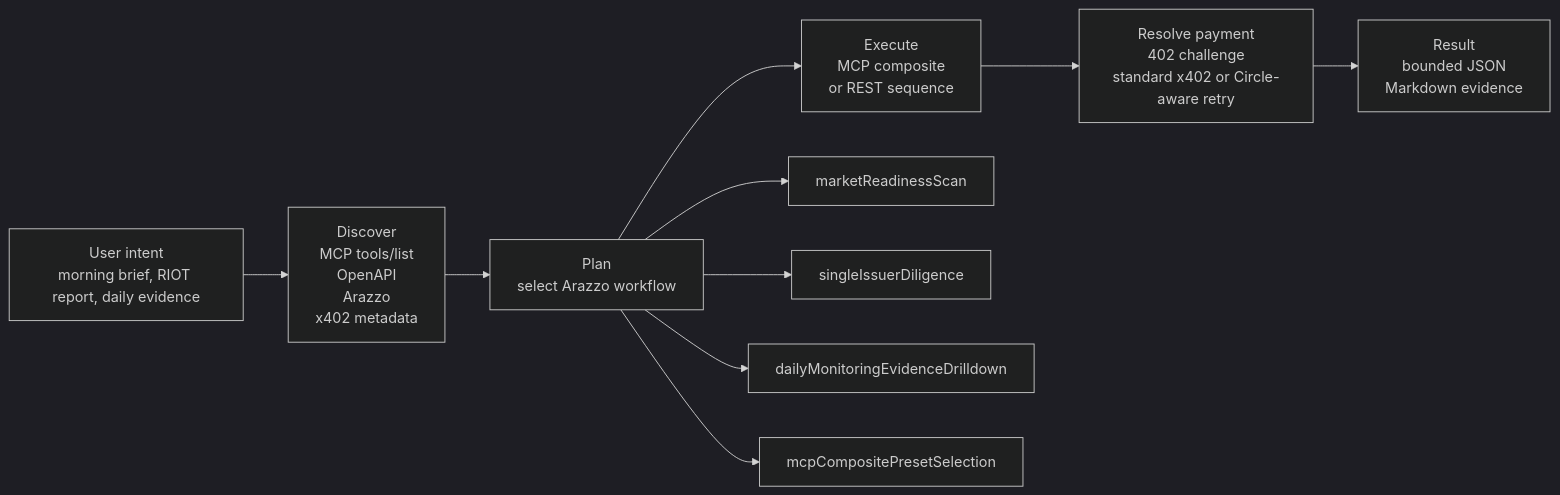
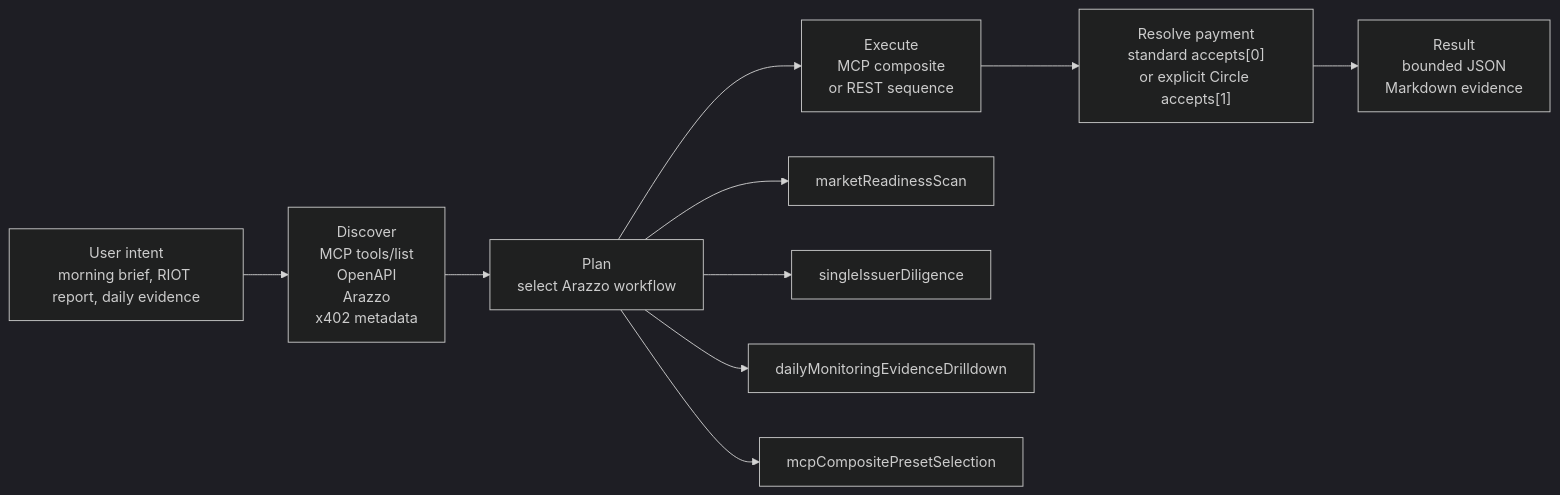
Before and after one commit to aitrailblazer/deltasignal-atlas-codex-plugin: the diagram in README.md, drawn with Mermaid (dark theme). The commit also changed other lines of this file and 7 other files, not shown here.

Commit message:
Document standard-first Circle x402 compatibility

````diff
--- a/README.md
+++ b/README.md
@@ -54,15 +54,15 @@
 ```mermaid
 flowchart LR
   Intent["User intent<br/>morning brief, RIOT report, daily evidence"]
   Discover["Discover<br/>MCP tools/list<br/>OpenAPI<br/>Arazzo<br/>x402 metadata"]
   Plan["Plan<br/>select Arazzo workflow"]
   Execute["Execute<br/>MCP composite<br/>or REST sequence"]
-  Pay["Resolve payment<br/>402 challenge<br/>standard x402 or Circle-aware retry"]
+  Pay["Resolve payment<br/>standard accepts[0]<br/>or explicit Circle accepts[1]"]
   Result["Result<br/>bounded JSON<br/>Markdown evidence"]
 
   Intent --> Discover --> Plan --> Execute --> Pay --> Result
   Plan --> W1["marketReadinessScan"]
   Plan --> W2["singleIssuerDiligence"]
   Plan --> W3["dailyMonitoringEvidenceDrilldown"]
   Plan --> W4["mcpCompositePresetSelection"]
 ```
````
